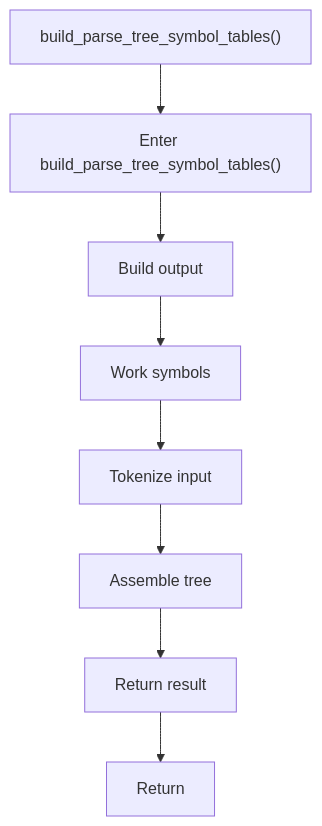
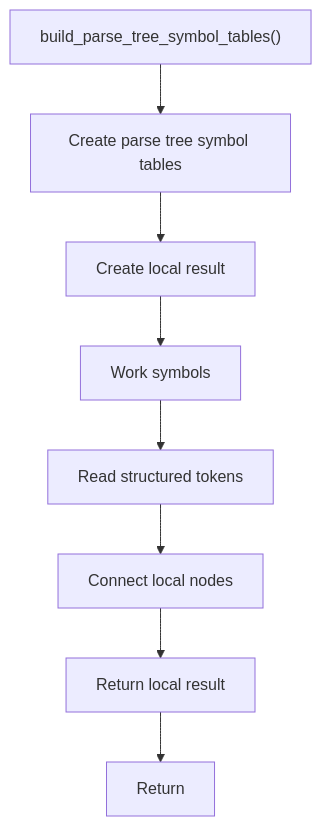
One commit to JohnAndrewBalbarosa/NeoTerritory changed the second of 2 diagrams in docs/Codebase/Microservice/Modules/Source/Analysis/ImplementationUse/Binding/Symbols/core.cpp.md. Above: the diagram before and after it, drawn with Mermaid. The commit also changed other lines of this file and 915 other files, not shown here.

````diff
--- a/docs/Codebase/Microservice/Modules/Source/Analysis/ImplementationUse/Binding/Symbols/core.cpp.md
+++ b/docs/Codebase/Microservice/Modules/Source/Analysis/ImplementationUse/Binding/Symbols/core.cpp.md
@@ -74,18 +73,18 @@
 ```mermaid
 flowchart TD
     Start["build_parse_tree_symbol_tables()"]
-    N0["Enter build_parse_tree_symbol_tables()"]
-    N1["Build output"]
+    N0["Create parse tree symbol tables"]
+    N1["Create local result"]
     N2["Work symbols"]
-    N3["Tokenize input"]
-    N4["Assemble tree"]
-    N5["Return result"]
+    N3["Read structured tokens"]
+    N4["Connect local nodes"]
+    N5["Return local result"]
     End["Return"]
     Start --> N0
     N0 --> N1
     N1 --> N2
     N2 --> N3
     N3 --> N4
     N4 --> N5
     N5 --> End
 ```
````
